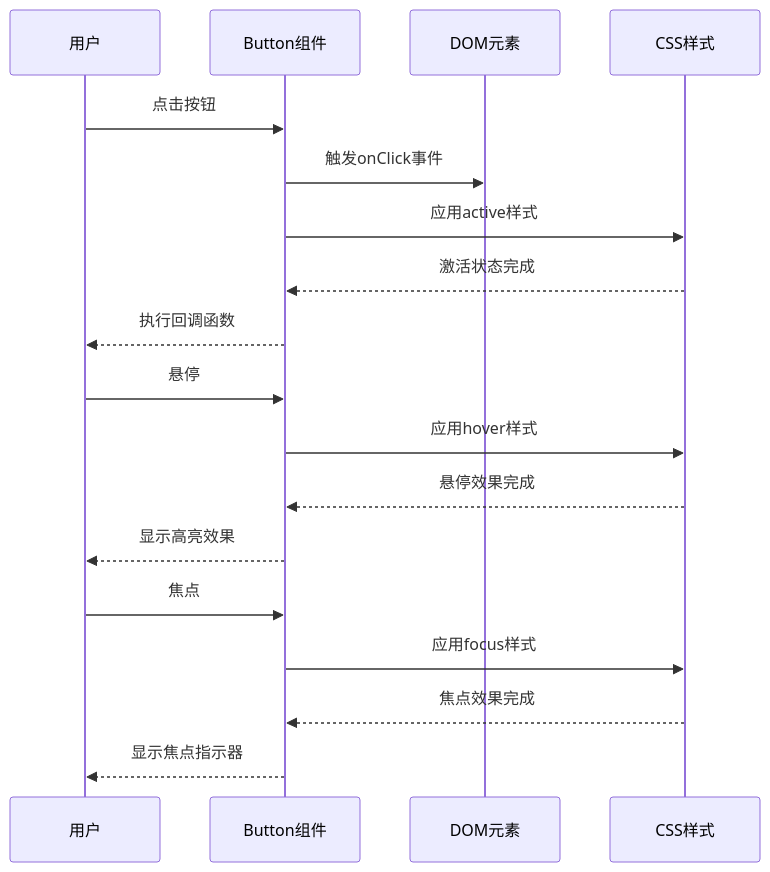
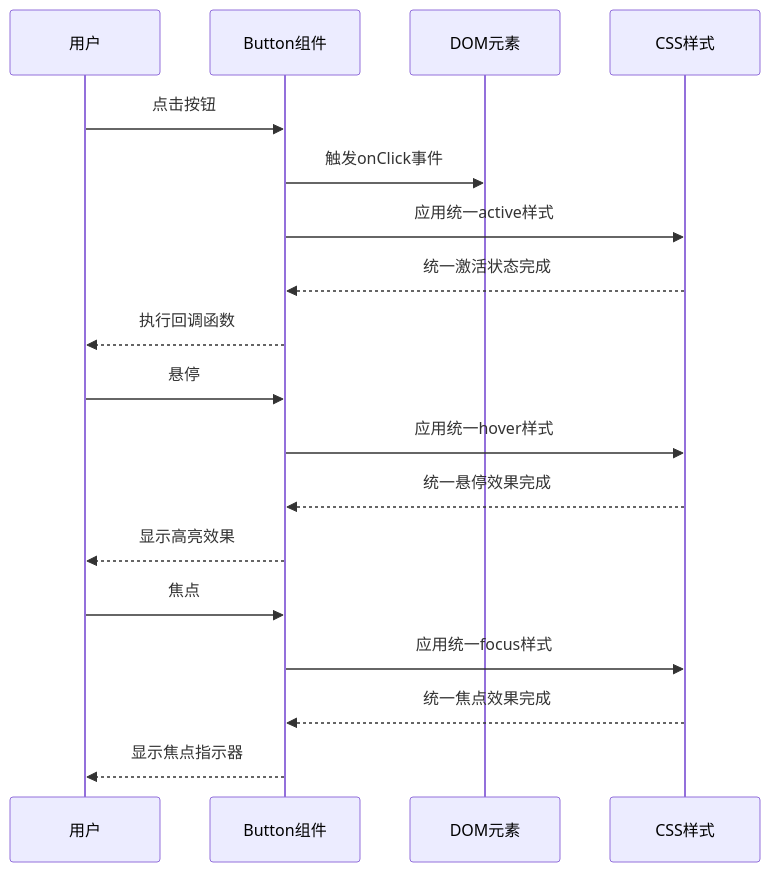
Before and after one commit to RadiumAg/AIGate: the sixth of 10 diagrams in .qoder/repowiki/zh/content/前端组件/Apple Liquid Glass UI组件系统.md, drawn with Mermaid. The commit also changed other lines of this file and 2 other files, not shown here.

First line of the commit message:
docs(dashboard): 更新企业级仪表板系统文档及区域热力图优化

````diff
--- a/.qoder/repowiki/zh/content/前端组件/Apple Liquid Glass UI组件系统.md
+++ b/.qoder/repowiki/zh/content/前端组件/Apple Liquid Glass UI组件系统.md
@@ -475,20 +506,20 @@
 ```mermaid
 sequenceDiagram
 participant U as 用户
 participant B as Button组件
 participant DOM as DOM元素
 participant CSS as CSS样式
 U->>B : 点击按钮
 B->>DOM : 触发onClick事件
-B->>CSS : 应用active样式
-CSS-->>B : 激活状态完成
+B->>CSS : 应用统一active样式
+CSS-->>B : 统一激活状态完成
 B-->>U : 执行回调函数
 U->>B : 悬停
-B->>CSS : 应用hover样式
-CSS-->>B : 悬停效果完成
+B->>CSS : 应用统一hover样式
+CSS-->>B : 统一悬停效果完成
 B-->>U : 显示高亮效果
 U->>B : 焦点
-B->>CSS : 应用focus样式
-CSS-->>B : 焦点效果完成
+B->>CSS : 应用统一focus样式
+CSS-->>B : 统一焦点效果完成
 B-->>U : 显示焦点指示器
 ```
````
